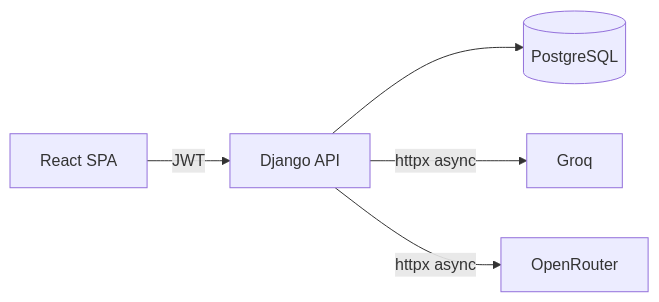
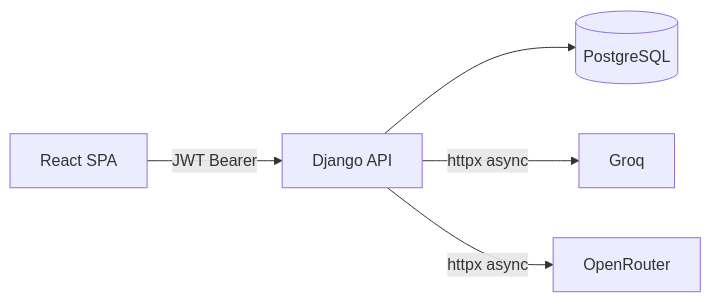
One commit to daniyalmalik10/PromptVault changed the diagram in README.md. Above: the diagram before and after it, drawn with Mermaid. The commit also changed other lines of this file and 12 other files, not shown here.

````diff
--- a/README.md
+++ b/README.md
@@ -18,7 +43,7 @@
 ```mermaid
 graph LR
-    UI[React SPA] -->|JWT| API[Django API]
+    UI[React SPA] -->|JWT Bearer| API[Django API]
     API --> DB[(PostgreSQL)]
     API -->|httpx async| Groq
     API -->|httpx async| OpenRouter
 ```
````
